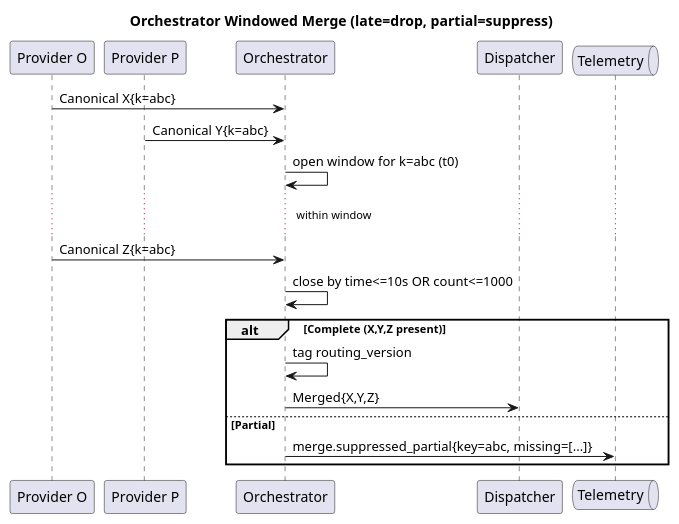
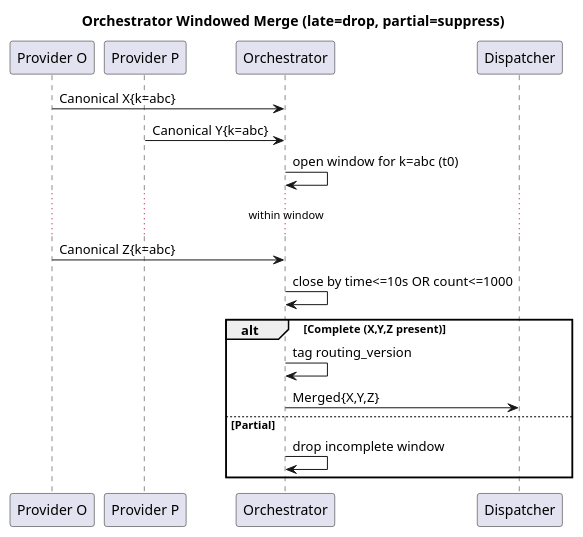
Before and after one commit to coachpo/meltica: the diagram in docs/diagrams/windowed-merge-seq.puml, drawn with PlantUML. The commit also changed 25 other files, not shown here.

```diff
--- a/docs/diagrams/windowed-merge-seq.puml
+++ b/docs/diagrams/windowed-merge-seq.puml
@@ -1,22 +1,21 @@
 @startuml
 title Orchestrator Windowed Merge (late=drop, partial=suppress)
 
 participant "Provider O" as O
 participant "Provider P" as P
 participant "Orchestrator" as Orc
 participant "Dispatcher" as Disp
-queue "Telemetry" as Tel
 
 O -> Orc : Canonical X{k=abc}
 P -> Orc : Canonical Y{k=abc}
 Orc -> Orc : open window for k=abc (t0)
 ... within window ...
 O -> Orc : Canonical Z{k=abc}
 Orc -> Orc : close by time<=10s OR count<=1000
 alt Complete (X,Y,Z present)
   Orc -> Orc : tag routing_version
   Orc -> Disp : Merged{X,Y,Z}
 else Partial
-  Orc -> Tel : merge.suppressed_partial{key=abc, missing=[...]}
+  Orc -> Orc : drop incomplete window
 end
 @enduml
```
